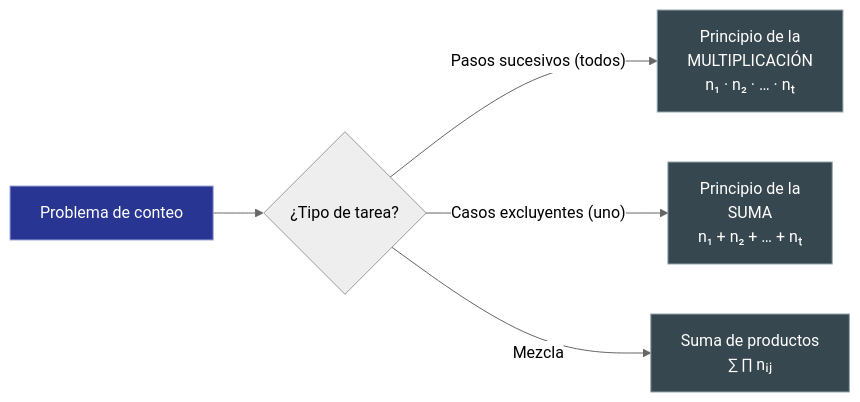
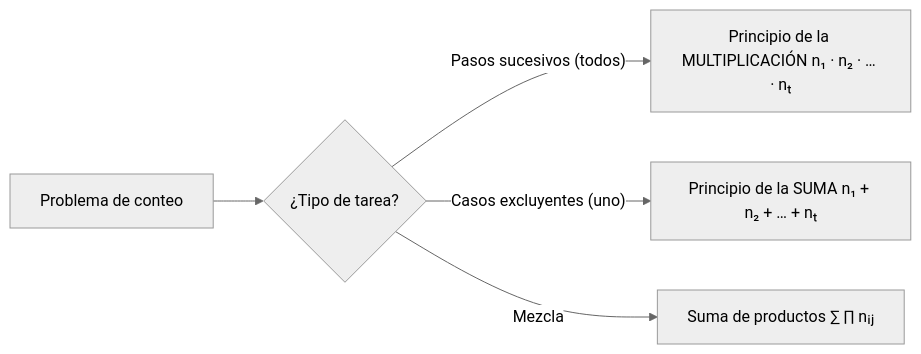
Before and after one commit to Fsteven22/Notas-ESPOL: the diagram in src/site/notes/Universidad/3er Semestre/Matemáticas Discretas/Unidad 3 - Números y Conteo/04 - Principios de Multiplicación y Suma.md, drawn with Mermaid (neutral theme). The commit also changed other lines of this file and 181 other files, not shown here.

````diff
--- a/src/site/notes/Universidad/3er Semestre/Matemáticas Discretas/Unidad 3 - Números y Conteo/04 - Principios de Multiplicación y Suma.md
+++ b/src/site/notes/Universidad/3er Semestre/Matemáticas Discretas/Unidad 3 - Números y Conteo/04 - Principios de Multiplicación y Suma.md
@@ -172,11 +161,7 @@
 ```mermaid
 graph LR
     P["Problema de conteo"] --> Q{¿Tipo de tarea?}
-    Q -->|"Pasos sucesivos (todos)"| M["Principio de la<br/>MULTIPLICACIÓN<br/>n₁ · n₂ · … · nₜ"]
-    Q -->|"Casos excluyentes (uno)"| S["Principio de la<br/>SUMA<br/>n₁ + n₂ + … + nₜ"]
-    Q -->|"Mezcla"| C["Suma de productos<br/>∑ ∏ nᵢⱼ"]
-    style P fill:#283593,color:#FFFFFF,stroke:#9FA8DA,stroke-width:1px
-    style M fill:#37474F,color:#FFFFFF,stroke:#90A4AE,stroke-width:1px
-    style S fill:#37474F,color:#FFFFFF,stroke:#90A4AE,stroke-width:1px
-    style C fill:#37474F,color:#FFFFFF,stroke:#90A4AE,stroke-width:1px
+    Q -->|"Pasos sucesivos (todos)"| M["Principio de la MULTIPLICACIÓN n₁ · n₂ · … · nₜ"]
+    Q -->|"Casos excluyentes (uno)"| S["Principio de la SUMA n₁ + n₂ + … + nₜ"]
+    Q -->|"Mezcla"| C["Suma de productos ∑ ∏ nᵢⱼ"]
 ```
````
